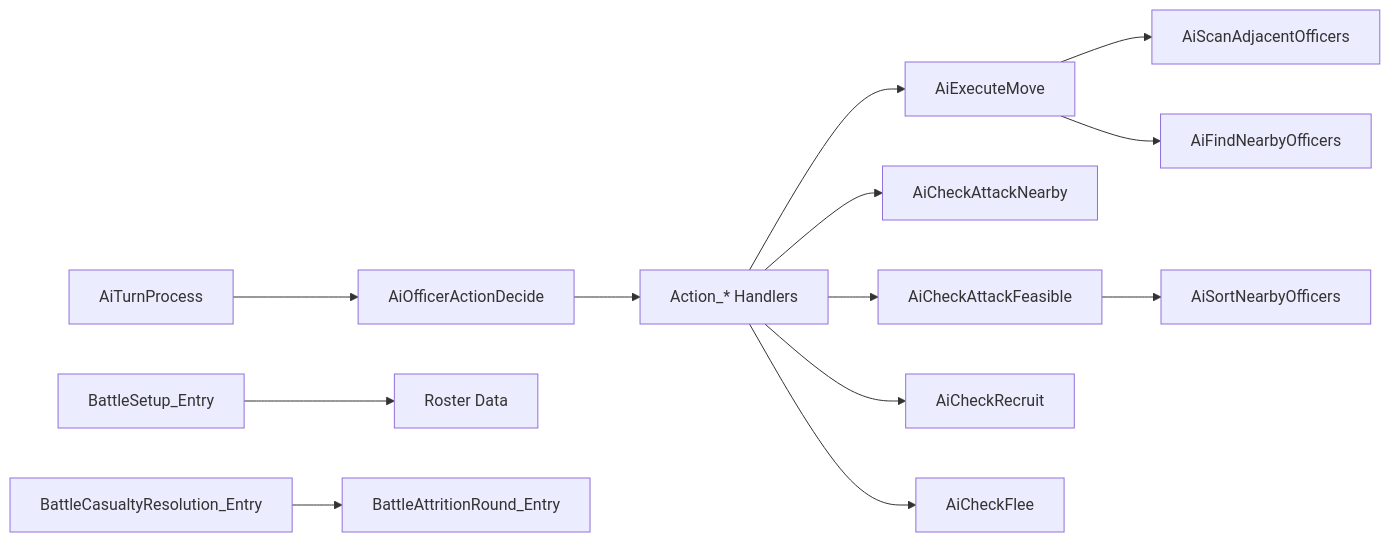
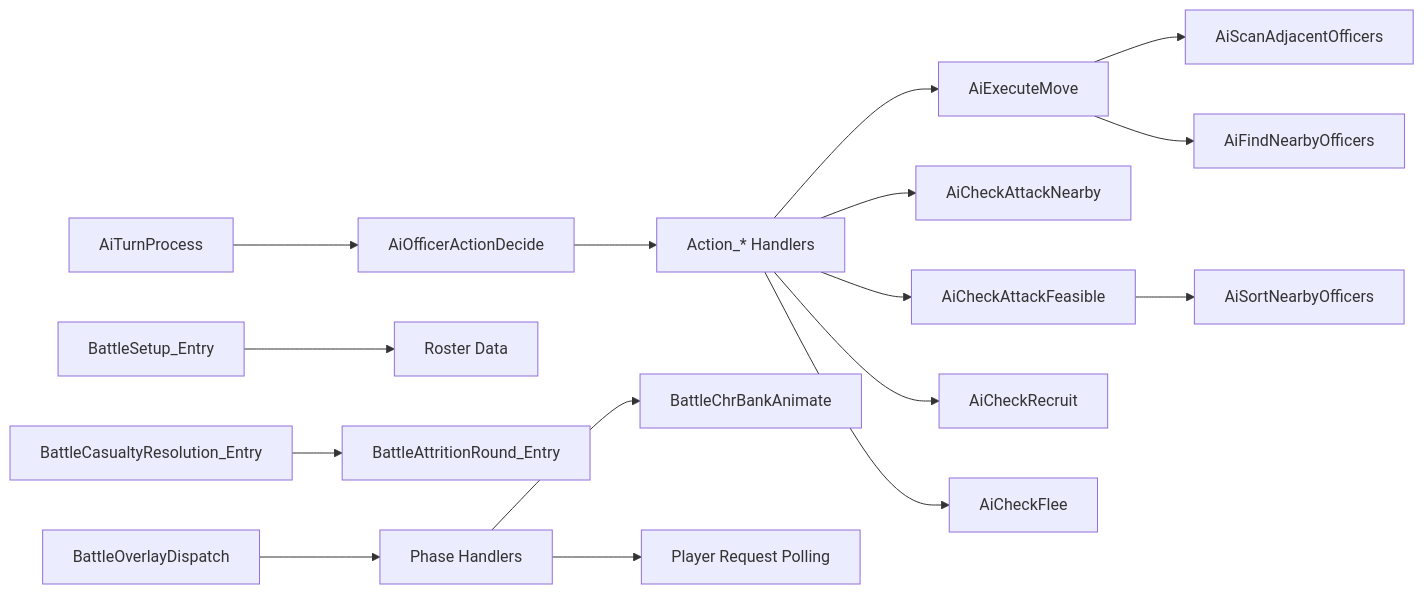
Before and after one commit to rabbyzero/sango2dasm: the tenth of 10 diagrams in .qoder/repowiki/en/content/Assembly Architecture/Bank Organization and Memory Layout/Battle and AI System - PRG Banks $08_$09.md, drawn with Mermaid. The commit also changed other lines of this file and 33 other files, not shown here.

````diff
--- a/.qoder/repowiki/en/content/Assembly Architecture/Bank Organization and Memory Layout/Battle and AI System - PRG Banks $08_$09.md
+++ b/.qoder/repowiki/en/content/Assembly Architecture/Bank Organization and Memory Layout/Battle and AI System - PRG Banks $08_$09.md
@@ -334,15 +429,18 @@
 ```mermaid
 graph LR
 ATP["AiTurnProcess"] --> AOD["AiOfficerActionDecide"]
 AOD --> AH["Action_* Handlers"]
 AH --> MOV["AiExecuteMove"]
 AH --> ATK["AiCheckAttackNearby"]
 AH --> FEAS["AiCheckAttackFeasible"]
 AH --> REC["AiCheckRecruit"]
 AH --> FLEE["AiCheckFlee"]
 MOV --> SCAN["AiScanAdjacentOfficers"]
 MOV --> FIND["AiFindNearbyOfficers"]
 FEAS --> SORT["AiSortNearbyOfficers"]
 BS["BattleSetup_Entry"] --> RO["Roster Data"]
 CR["BattleCasualtyResolution_Entry"] --> AR["BattleAttritionRound_Entry"]
+BO["BattleOverlayDispatch"] --> PH["Phase Handlers"]
+PH --> CHR["BattleChrBankAnimate"]
+PH --> INPUT["Player Request Polling"]
 ```
````
